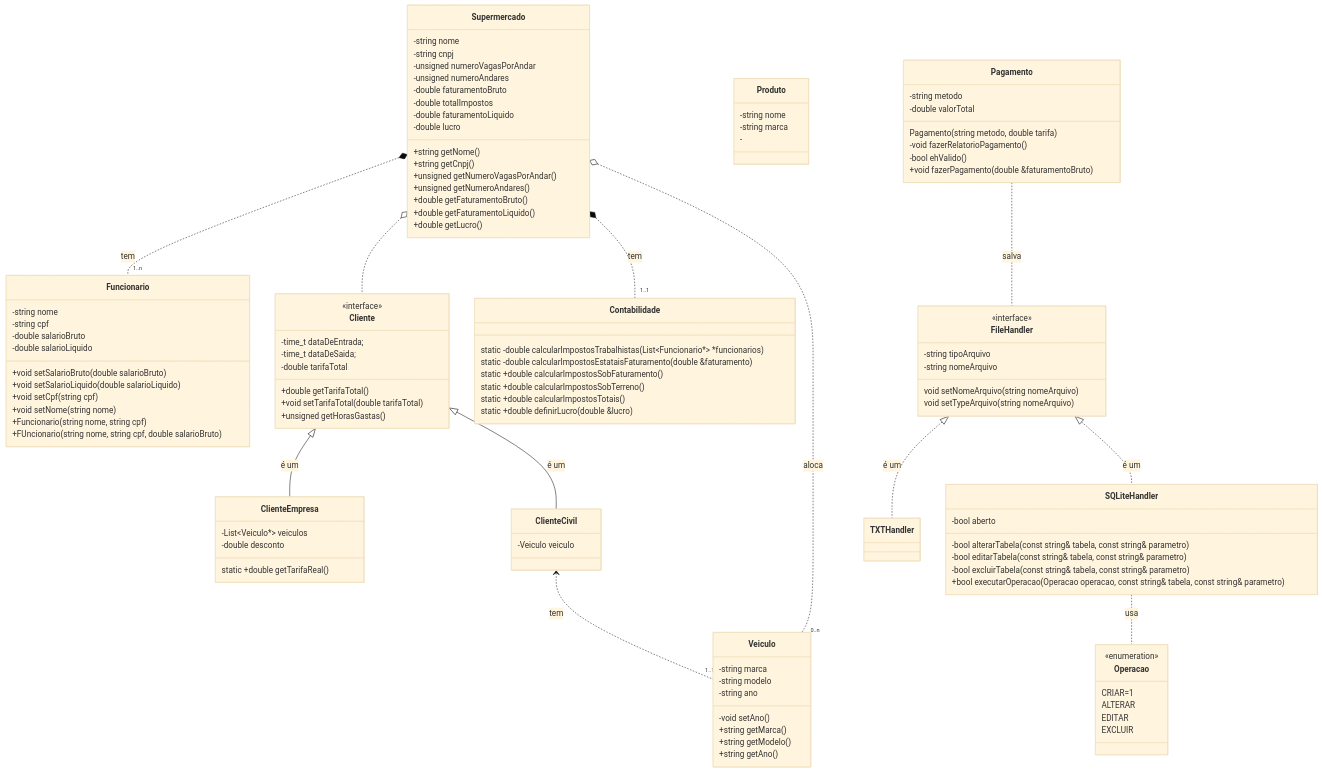
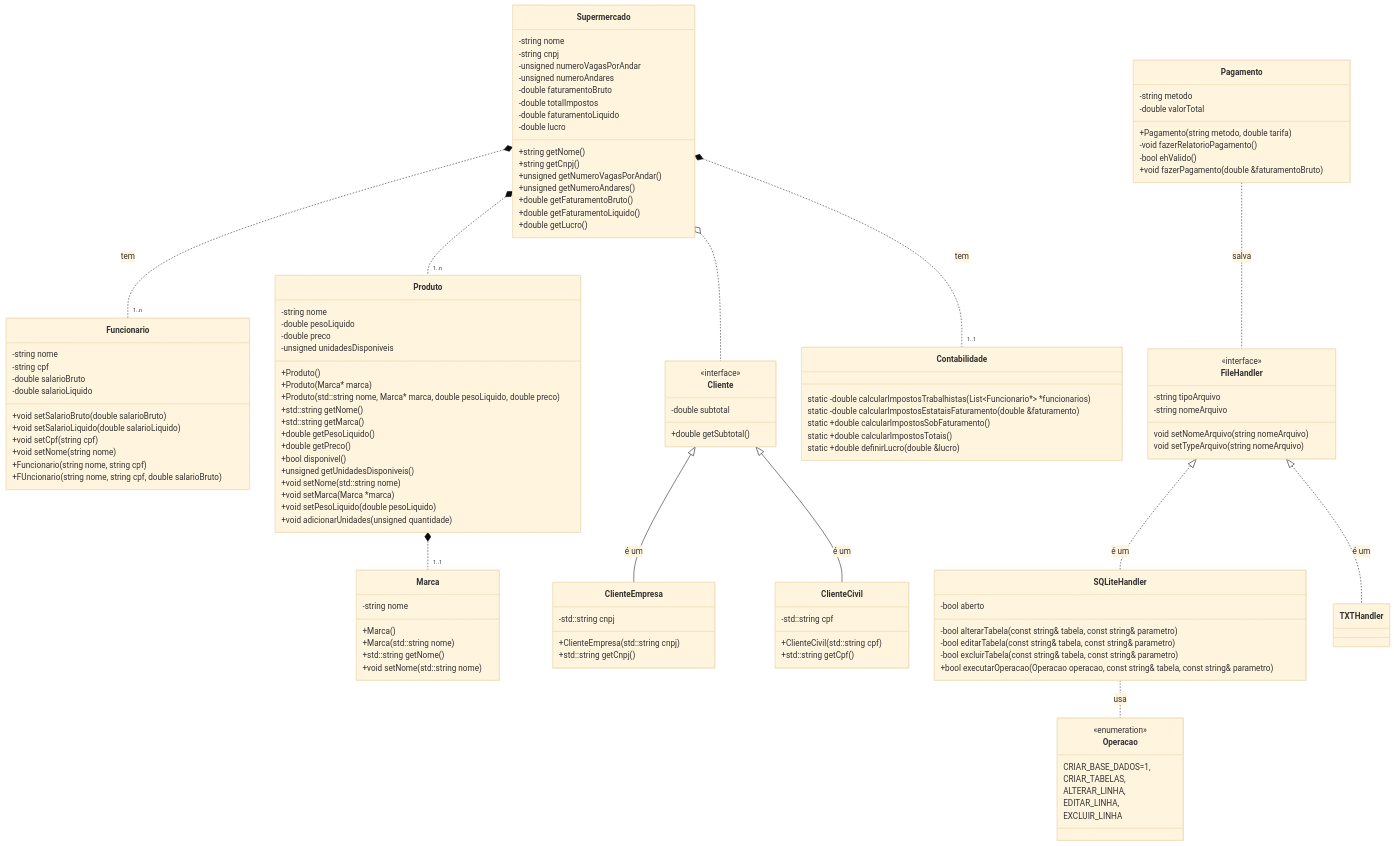
Before and after one commit to Dannzcd/smart-market: the diagram in README.md, drawn with Mermaid (base theme).

Commit message:
atualizando diagrama

```diff
--- a/README.md
+++ b/README.md
@@ -59,17 +59,47 @@
 
 Supermercado *.. "1..n" Funcionario: tem
 
+class Marca{
+    -string nome
+
+    +Marca()
+    +Marca(std::string nome)
+
+    +std::string getNome()
+    +void setNome(std::string nome)
+}
+
 class Produto{
     -string nome
-    -string marca
-    -
+    -double pesoLiquido
+    -double preco
+    -unsigned unidadesDisponiveis
+
+    +Produto()
+    +Produto(Marca* marca)
+    +Produto(std::string nome, Marca* marca, double pesoLiquido, double preco)
+
+    +std::string getNome()
+    +std::string getMarca()
+    +double getPesoLiquido()
+    +double getPreco()
+    +bool disponivel()
+    +unsigned getUnidadesDisponiveis()
+
+    +void setNome(std::string nome)
+    +void setMarca(Marca *marca)
+    +void setPesoLiquido(double pesoLiquido)
+    +void adicionarUnidades(unsigned quantidade)
 }
+
+Produto *.. "1..1" Marca
+Supermercado *.. "1..n" Produto
 
 class Pagamento{
     -string metodo
     -double valorTotal
 
-    Pagamento(string metodo, double tarifa)
+    +Pagamento(string metodo, double tarifa)
     
     -void fazerRelatorioPagamento()
     -bool ehValido()
@@ -78,51 +108,35 @@
 
 class Cliente{
     <<interface>>
-    -time_t dataDeEntrada;
-    -time_t dataDeSaida;
-    -double tarifaTotal
+    -double subtotal
 
-    +double getTarifaTotal()
-    +void setTarifaTotal(double tarifaTotal)
-    +unsigned getHorasGastas()
+    +double getSubtotal()
 }
 
 class ClienteEmpresa{
-    -List~Veiculo*~ veiculos
-    -double desconto
+    -std::string cnpj
 
-    static +double getTarifaReal()
+    +ClienteEmpresa(std::string cnpj)
+    +std::string getCnpj()
 }
 
 class ClienteCivil{
-    -Veiculo veiculo
+    -std::string cpf 
+    
+    +ClienteCivil(std::string cpf)
+
+    +std::string getCpf()
 }
 
 Cliente <|-- ClienteEmpresa: é um
 Cliente <|-- ClienteCivil: é um
 
-ClienteCivil <.. "1..1" Veiculo: tem
-
 Supermercado o.. Cliente
-
-class Veiculo{
-    -string marca
-    -string modelo
-    -string ano
-    -void setAno()
-
-    +string getMarca()
-    +string getModelo()
-    +string getAno()
-}
-
-Supermercado o.. "0..n" Veiculo: aloca
 
 class Contabilidade{
     static -double calcularImpostosTrabalhistas(List~Funcionario*~ *funcionarios)
     static -double calcularImpostosEstataisFaturamento(double &faturamento)
     static +double calcularImpostosSobFaturamento()
-    static +double calcularImpostosSobTerreno()
     static +double calcularImpostosTotais()
     static +double definirLucro(double &lucro)
 }
@@ -156,10 +170,11 @@
 
 class Operacao{
     <<enumeration>>
-    CRIAR=1
-    ALTERAR
-    EDITAR
-    EXCLUIR
+    CRIAR_BASE_DADOS=1,
+    CRIAR_TABELAS,
+    ALTERAR_LINHA,
+    EDITAR_LINHA,
+    EXCLUIR_LINHA
 }
 
 FileHandler <|.. TXTHandler: é um
```
